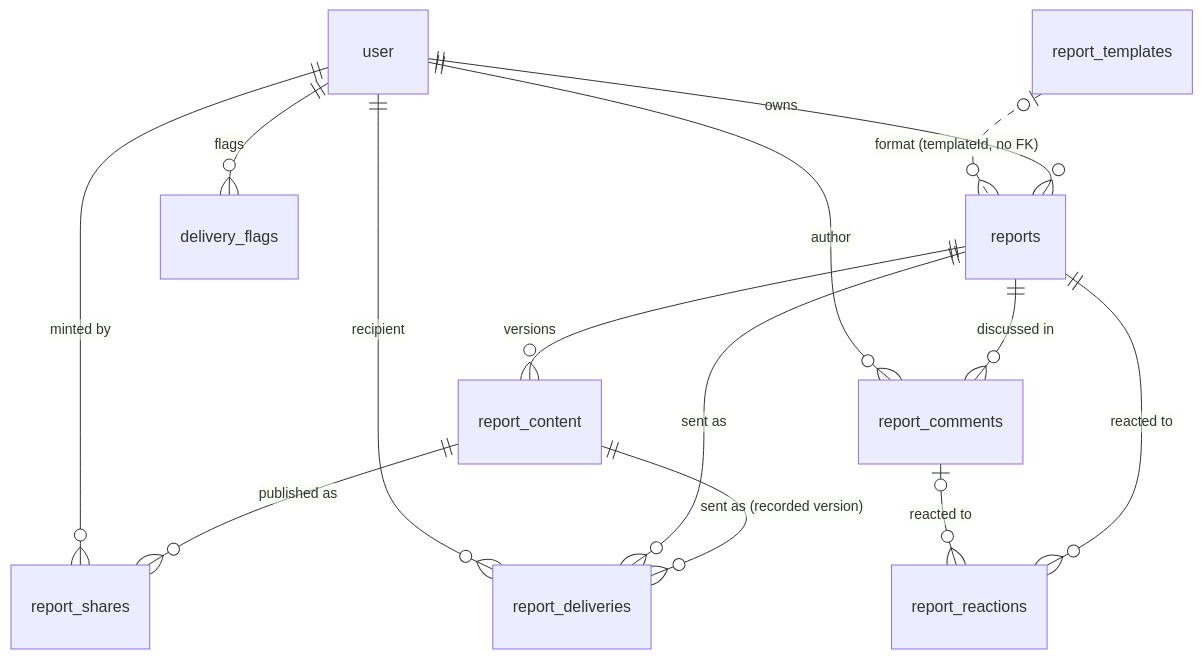
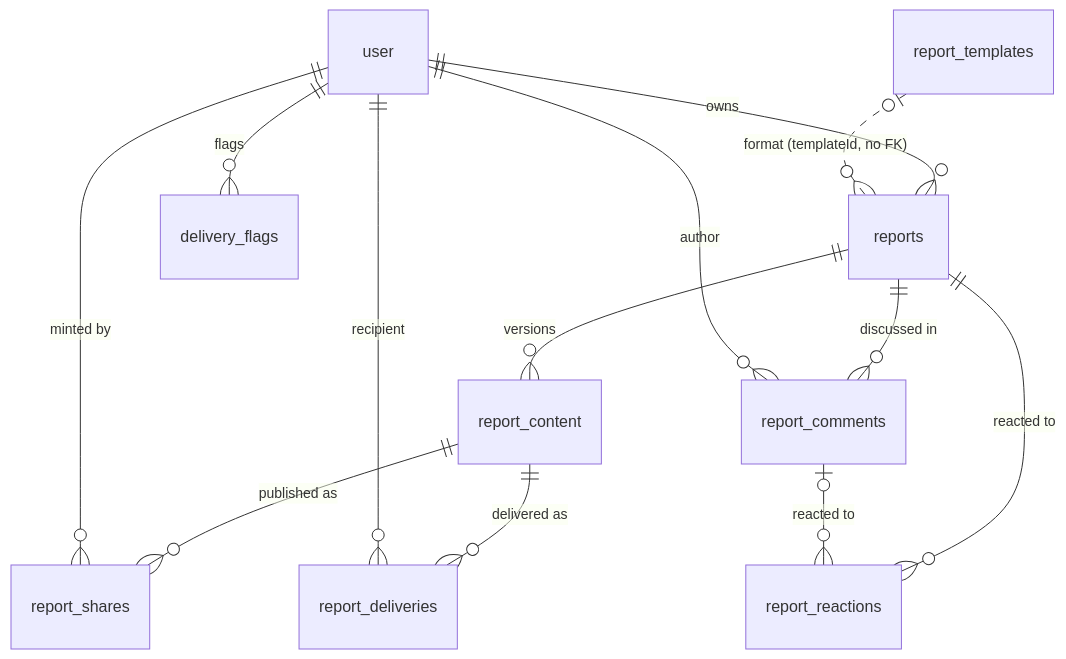
Before and after one commit to spantail/spantail: the sixth of 9 diagrams in docs/data-model.md, drawn with Mermaid. The commit also changed other lines of this file and 17 other files, not shown here.

First line of the commit message:
feat(inbox): rebase deliveries on content versions (#149)

````diff
--- a/docs/data-model.md
+++ b/docs/data-model.md
@@ -224,16 +224,15 @@
 ```mermaid
 erDiagram
     user ||--o{ reports : "owns"
     report_templates |o..o{ reports : "format (templateId, no FK)"
     reports ||--o{ report_content : "versions"
     report_content ||--o{ report_shares : "published as"
-    report_content ||--o{ report_deliveries : "sent as (recorded version)"
-    reports ||--o{ report_deliveries : "sent as"
+    report_content ||--o{ report_deliveries : "delivered as"
     user ||--o{ report_shares : "minted by"
     reports ||--o{ report_comments : "discussed in"
     reports ||--o{ report_reactions : "reacted to"
     report_comments |o--o{ report_reactions : "reacted to"
     user ||--o{ report_deliveries : "recipient"
     user ||--o{ report_comments : "author"
     user ||--o{ delivery_flags : "flags"
 ```
````
